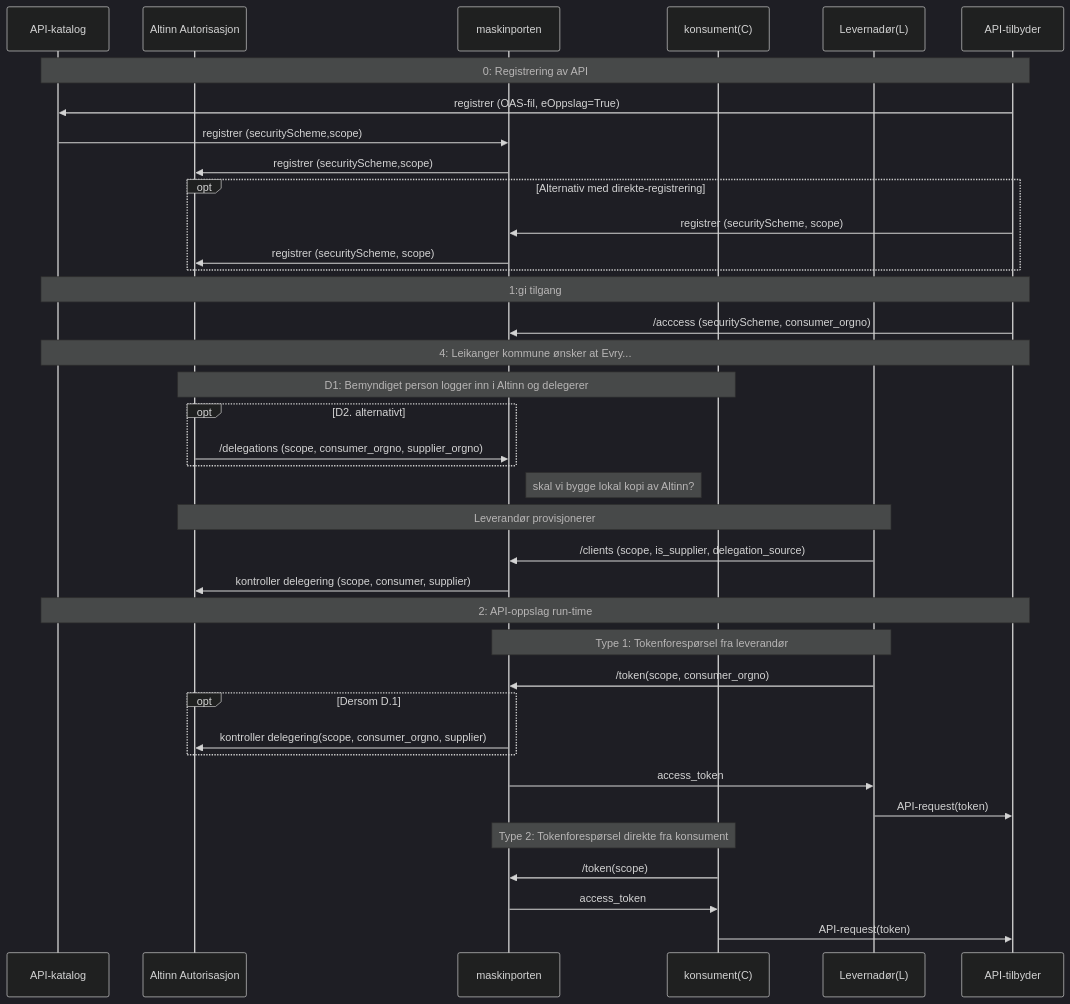
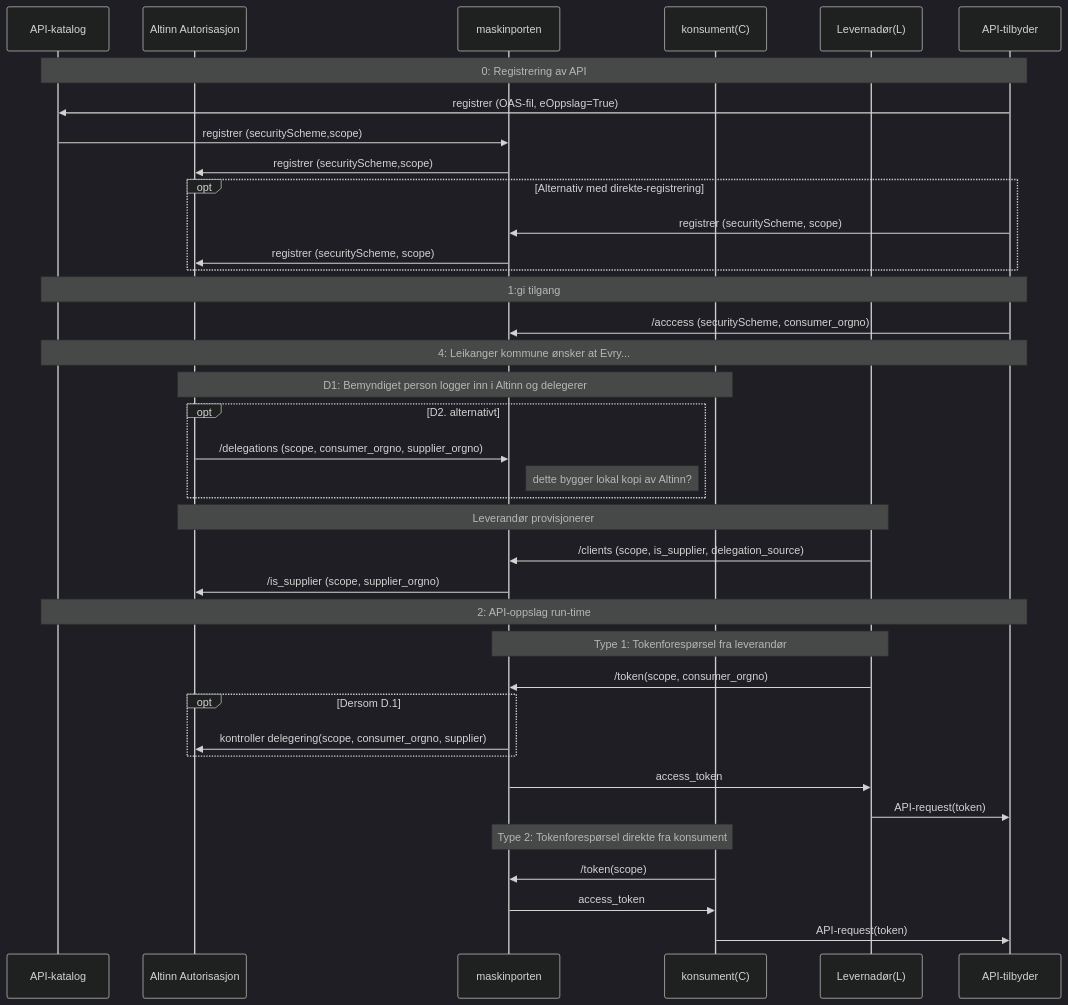
One commit to joergenb/oauth2-veileder changed the diagram in pages/eoppslag/eoppslag_sbb_oauth2_scopes.md. Above: the diagram before and after it, drawn with Mermaid (dark theme).

```diff
--- a/pages/eoppslag/eoppslag_sbb_oauth2_scopes.md
+++ b/pages/eoppslag/eoppslag_sbb_oauth2_scopes.md
@@ -95,49 +95,50 @@
 <div class="mermaid">
 sequenceDiagram
 
   participant AP as API-katalog
   participant AA as Altinn Autorisasjon
   participant MP AS maskinporten
   participant C AS konsument(C)
   participant L AS Levernadør(L)
   participant A as API-tilbyder
 
   note over AP,A: 0: Registrering av API   
   A->>AP: registrer (OAS-fil, eOppslag=True)
   AP->>MP: registrer (securityScheme,scope)
   MP->>AA: registrer (securityScheme,scope)
 
   opt Alternativ med direkte-registrering
    A->>MP: registrer (securityScheme, scope)
    MP->>AA: registrer (securityScheme, scope)
   end
 
   note over AP,A: 1:gi tilgang
   A->>MP: /acccess (securityScheme, consumer_orgno)
 
   note over AP,A: 4: Leikanger kommune ønsker at Evry...
   note over AA,C: D1: Bemyndiget person logger inn i Altinn og delegerer
   opt D2. alternativt
   AA->>MP: /delegations (scope, consumer_orgno, supplier_orgno)
+  note right of MP: dette bygger lokal kopi av Altinn?
   end
-  note right of MP: skal vi bygge lokal kopi av Altinn? 
+
   note over AA,L: Leverandør provisjonerer
   L->>MP: /clients (scope, is_supplier, delegation_source)
-  MP->>AA: kontroller delegering (scope, consumer, supplier)
+  MP->>AA: /is_supplier (scope, supplier_orgno)
 
   note over AP,A: 2: API-oppslag run-time
 
   note over L,MP: Type 1: Tokenforespørsel fra leverandør
   L->>MP: /token(scope, consumer_orgno)
   opt Dersom D.1
     MP->>AA: kontroller delegering(scope, consumer_orgno, supplier)
   end
   MP->>L: access_token
   L->>A: API-request(token)
 
   note over C,MP: Type 2: Tokenforespørsel direkte fra konsument
   C->>MP: /token(scope)
   MP->>C: access_token
   C->>A: API-request(token)
 
   </div>
```
